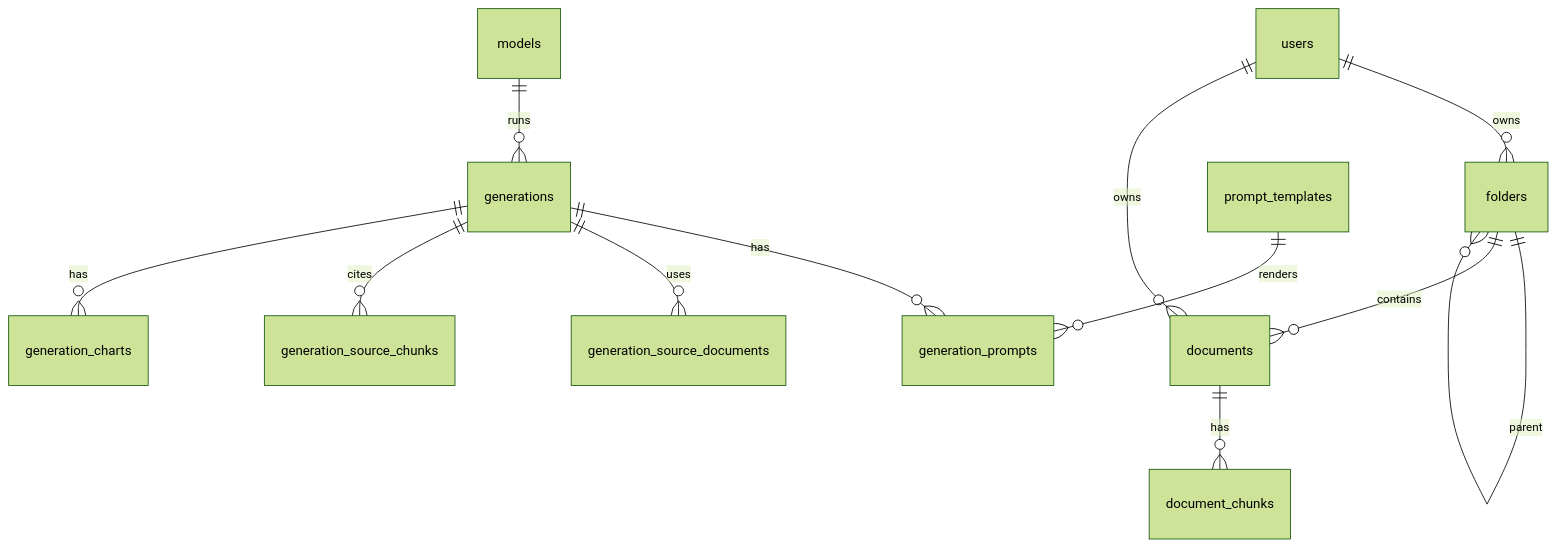
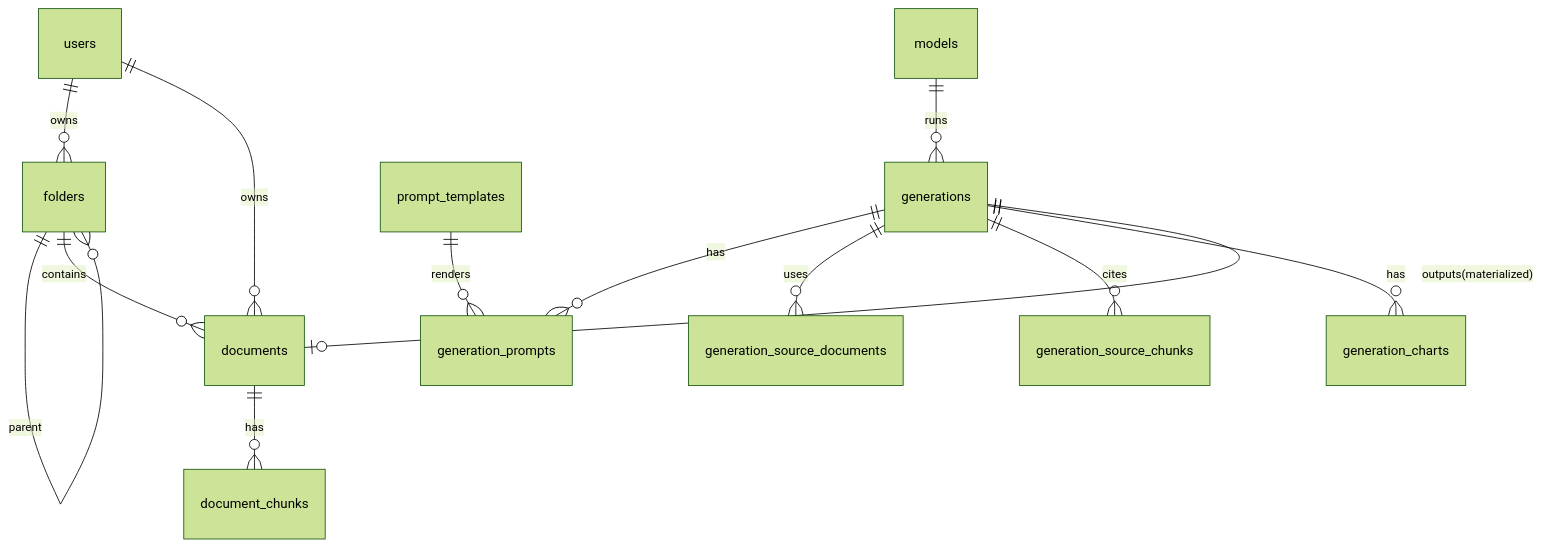
Before and after one commit to lkbt-ai-agent/document-archive-refine: the first of 2 diagrams in architecture/03-data-model-and-migrations.md, drawn with Mermaid (forest theme). The commit also changed other lines of this file and 40 other files, not shown here.

````diff
--- a/architecture/03-data-model-and-migrations.md
+++ b/architecture/03-data-model-and-migrations.md
@@ -16,14 +16,15 @@
 ```mermaid
 erDiagram
   users ||--o{ folders : owns
   users ||--o{ documents : owns
   folders ||--o{ folders : parent
   folders ||--o{ documents : contains
   documents ||--o{ document_chunks : has
   generations ||--o{ generation_prompts : has
   generations ||--o{ generation_source_documents : uses
   generations ||--o{ generation_source_chunks : cites
   generations ||--o{ generation_charts : has
+  generations ||--o| documents : "outputs(materialized)"
   models ||--o{ generations : runs
   prompt_templates ||--o{ generation_prompts : renders
 ```
````
